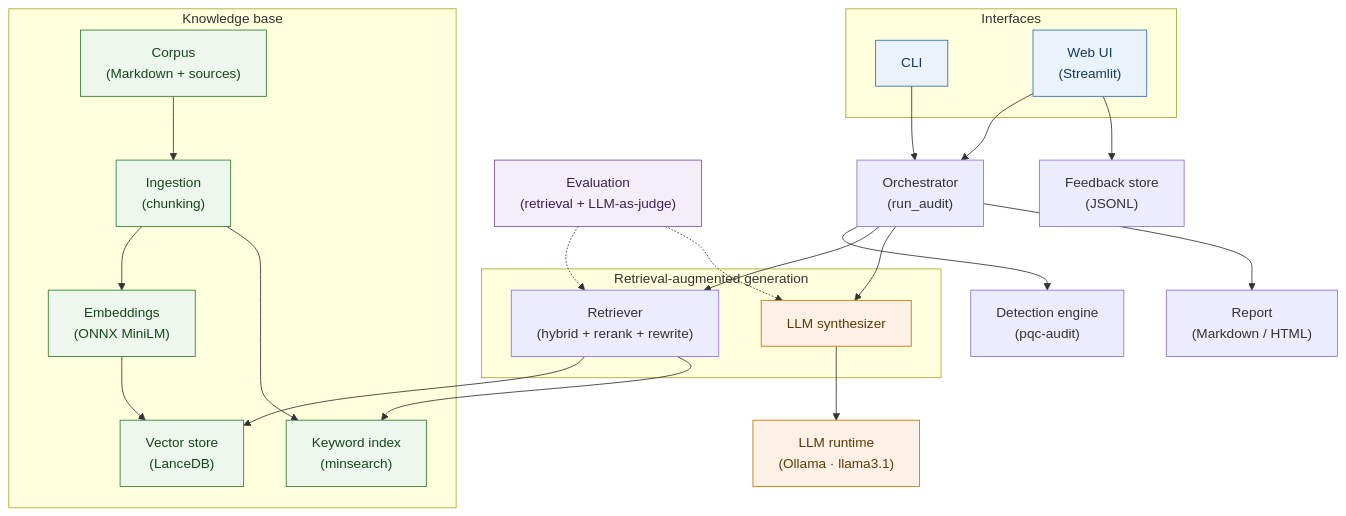
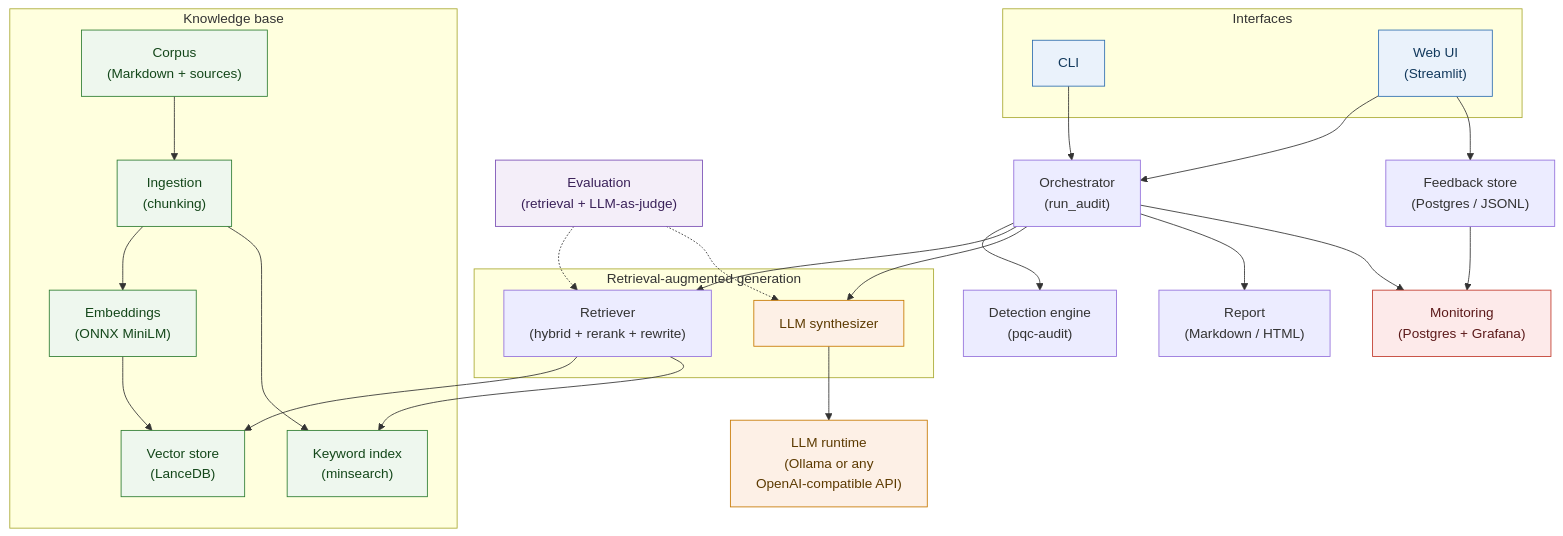
The diagram in README.md (rauleteee/pqc-audit-rag), drawn with Mermaid before and after one commit. The commit also changed other lines of this file and 4 other files, not shown here.

````diff
--- a/README.md
+++ b/README.md
@@ -35,55 +38,60 @@
 ```mermaid
 flowchart TB
     subgraph interfaces["Interfaces"]
         cli["CLI"]
         ui["Web UI<br/>(Streamlit)"]
     end
 
     orch["Orchestrator<br/>(run_audit)"]
     engine["Detection engine<br/>(pqc-audit)"]
     report["Report<br/>(Markdown / HTML)"]
-    feedback["Feedback store<br/>(JSONL)"]
+    feedback["Feedback store<br/>(Postgres / JSONL)"]
+    monitor["Monitoring<br/>(Postgres + Grafana)"]
 
     subgraph rag["Retrieval-augmented generation"]
         retriever["Retriever<br/>(hybrid + rerank + rewrite)"]
         synth["LLM synthesizer"]
     end
 
-    llm["LLM runtime<br/>(Ollama · llama3.1)"]
+    llm["LLM runtime<br/>(Ollama or any<br/>OpenAI-compatible API)"]
 
     subgraph kbase["Knowledge base"]
         corpus["Corpus<br/>(Markdown + sources)"]
         ingest["Ingestion<br/>(chunking)"]
         embed["Embeddings<br/>(ONNX MiniLM)"]
         vstore["Vector store<br/>(LanceDB)"]
         kindex["Keyword index<br/>(minsearch)"]
     end
 
     evalz["Evaluation<br/>(retrieval + LLM-as-judge)"]
 
     cli --> orch
     ui --> orch
     ui --> feedback
     orch --> engine
     orch --> retriever
     orch --> synth
     orch --> report
+    orch --> monitor
+    feedback --> monitor
     retriever --> vstore
     retriever --> kindex
     synth --> llm
     corpus --> ingest
     ingest --> embed
     embed --> vstore
     ingest --> kindex
     evalz -.-> retriever
     evalz -.-> synth
 
     classDef iface fill:#eaf2fb,stroke:#2f6fb0,color:#12395c;
     classDef kbc fill:#eef7ee,stroke:#2e7d32,color:#14471a;
     classDef llmc fill:#fdf0e6,stroke:#c77800,color:#5c3a00;
     classDef evalc fill:#f4eef9,stroke:#7a4fb5,color:#3a2159;
+    classDef monc fill:#fdeaea,stroke:#c0392b,color:#5c1a1a;
     class cli,ui iface;
     class corpus,ingest,embed,vstore,kindex kbc;
     class llm,synth llmc;
     class evalz evalc;
+    class monitor monc;
 ```
````
